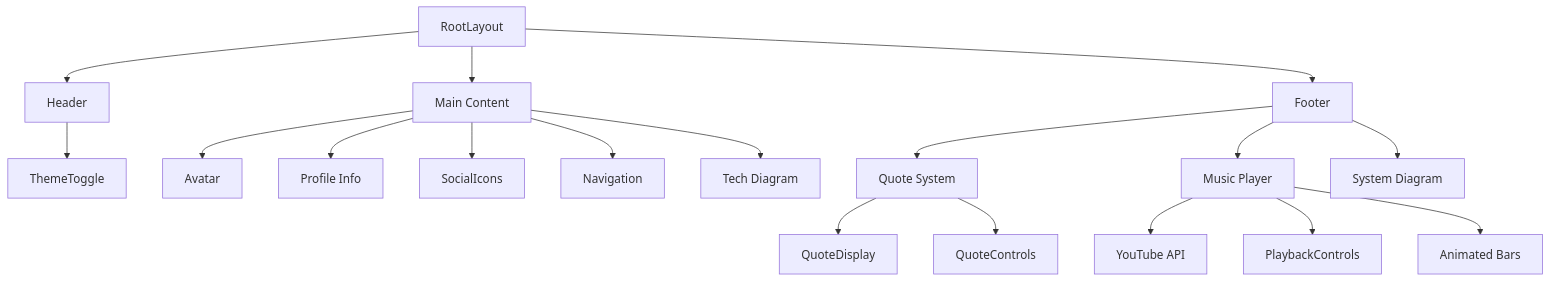
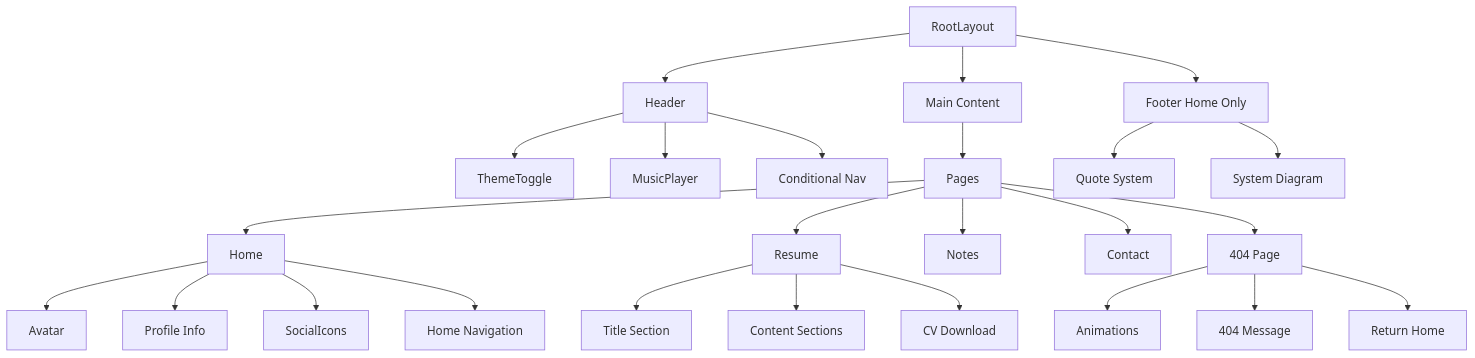
One commit to ptt3199/my-porfolio-website changed the first of 5 diagrams in memory-bank/systemPatterns.md. Above: the diagram before and after it, drawn with Mermaid. The commit also changed other lines of this file and 14 other files, not shown here.

Commit message:
feat: resume page

````diff
--- a/memory-bank/systemPatterns.md
+++ b/memory-bank/systemPatterns.md
@@ -7,25 +7,33 @@
 ```mermaid
 graph TD
     RootLayout[RootLayout] --> Header
     RootLayout --> MainContent[Main Content]
-    RootLayout --> Footer
+    RootLayout --> Footer[Footer Home Only]
     
     Header --> ThemeToggle
+    Header --> MusicPlayer
+    Header --> Navigation[Conditional Nav]
     
-    MainContent --> Avatar
-    MainContent --> ProfileInfo[Profile Info]
-    MainContent --> SocialIcons
-    MainContent --> Navigation
-    MainContent --> TechDiagram[Tech Diagram]
+    MainContent --> Pages[Pages]
+    Pages --> Home
+    Pages --> Resume
+    Pages --> Notes
+    Pages --> Contact
+    Pages --> NotFound[404 Page]
     
+    Home --> Avatar
+    Home --> ProfileInfo[Profile Info]
+    Home --> SocialIcons
+    Home --> HomeNav[Home Navigation]
+    
+    Resume --> ResumeHeader[Title Section]
+    Resume --> ResumeContent[Content Sections]
+    Resume --> DownloadCV[CV Download]
+    
+    NotFound --> AnimatedElements[Animations]
+    NotFound --> ErrorMessage[404 Message]
+    NotFound --> HomeButton[Return Home]
+
     Footer --> QuoteSystem[Quote System]
-    Footer --> MusicPlayer[Music Player]
     Footer --> SystemDiagram[System Diagram]
-
-    QuoteSystem --> QuoteDisplay
-    QuoteSystem --> QuoteControls
-
-    MusicPlayer --> YouTubeAPI[YouTube API]
-    MusicPlayer --> PlaybackControls
-    MusicPlayer --> AnimatedBars[Animated Bars]
 ```
````
